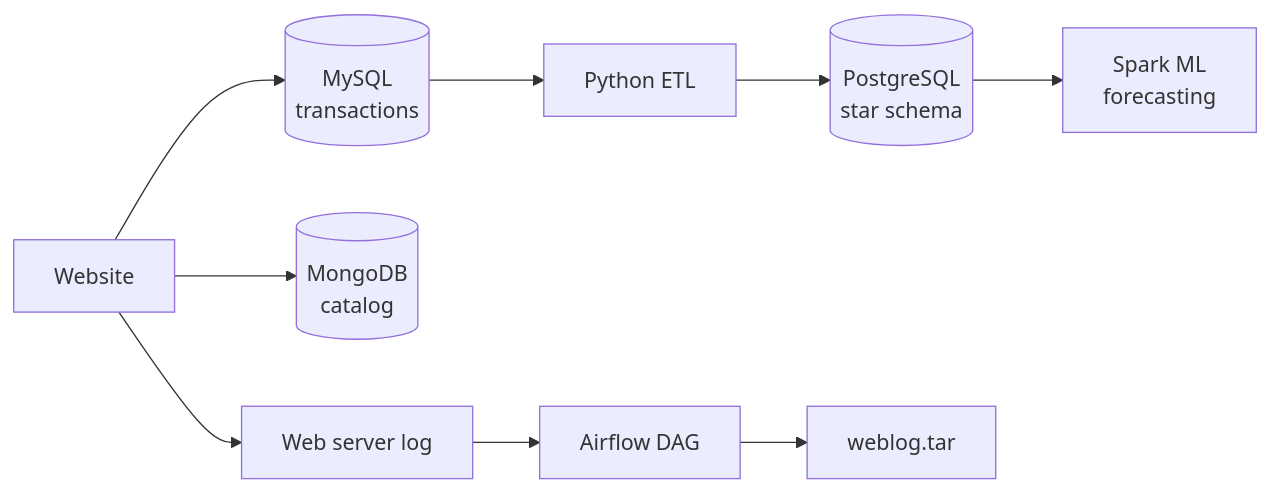
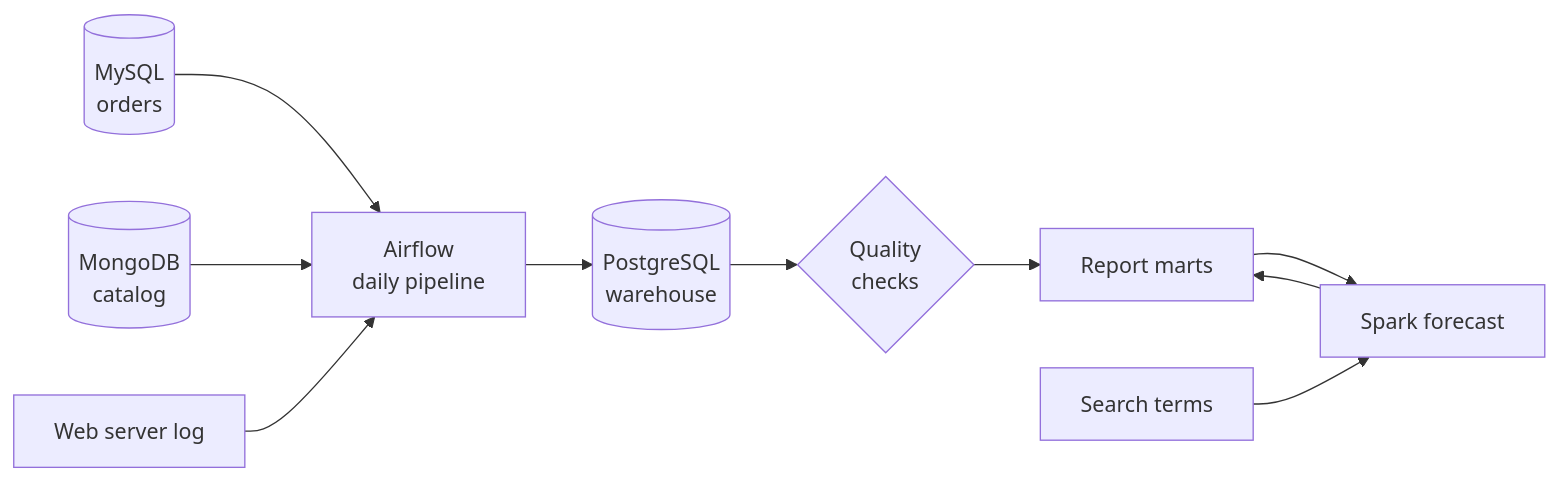
Before and after one commit to bunyamin-polat/cart-pulse: the diagram in README.md, drawn with Mermaid. The commit also changed other lines of this file and 4 other files, not shown here.

````diff
--- a/README.md
+++ b/README.md
@@ -18,11 +28,12 @@
 ```mermaid
 flowchart LR
-    web[Website] --> mysql[(MySQL<br/>transactions)]
-    web --> mongo[(MongoDB<br/>catalog)]
-    web --> log[Web server log]
-    mysql --> etl[Python ETL]
-    etl --> pg[(PostgreSQL<br/>star schema)]
-    pg --> spark[Spark ML<br/>forecasting]
-    log --> airflow[Airflow DAG]
-    airflow --> archive[weblog.tar]
+    orders[(MySQL<br/>orders)] --> airflow[Airflow<br/>daily pipeline]
+    catalog[(MongoDB<br/>catalog)] --> airflow
+    logs[Web server log] --> airflow
+    airflow --> dw[(PostgreSQL<br/>warehouse)]
+    dw --> gate{Quality<br/>checks}
+    gate --> marts[Report marts]
+    marts --> spark[Spark forecast]
+    spark --> marts
+    search[Search terms] --> spark
 ```
````
